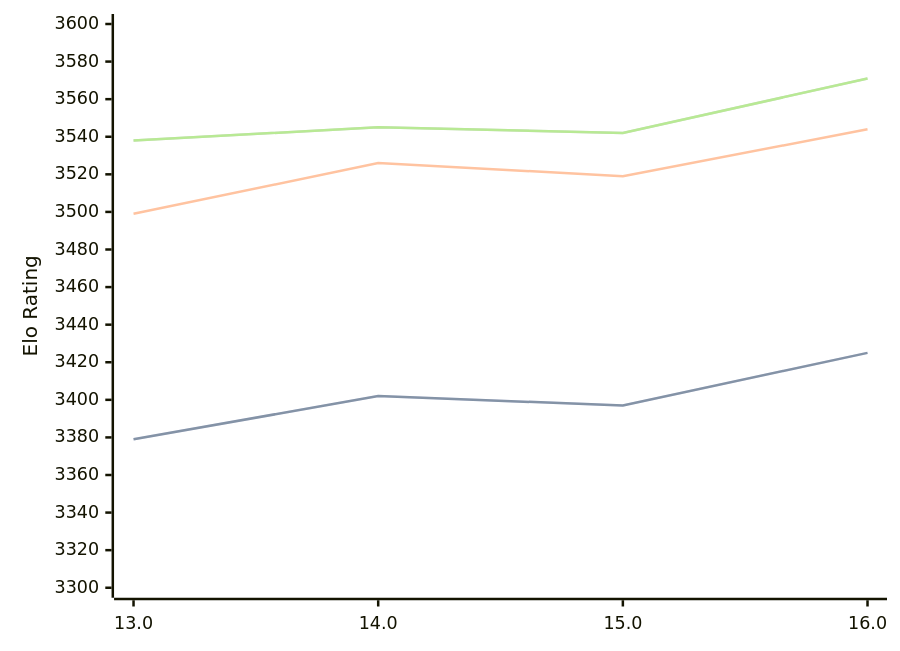
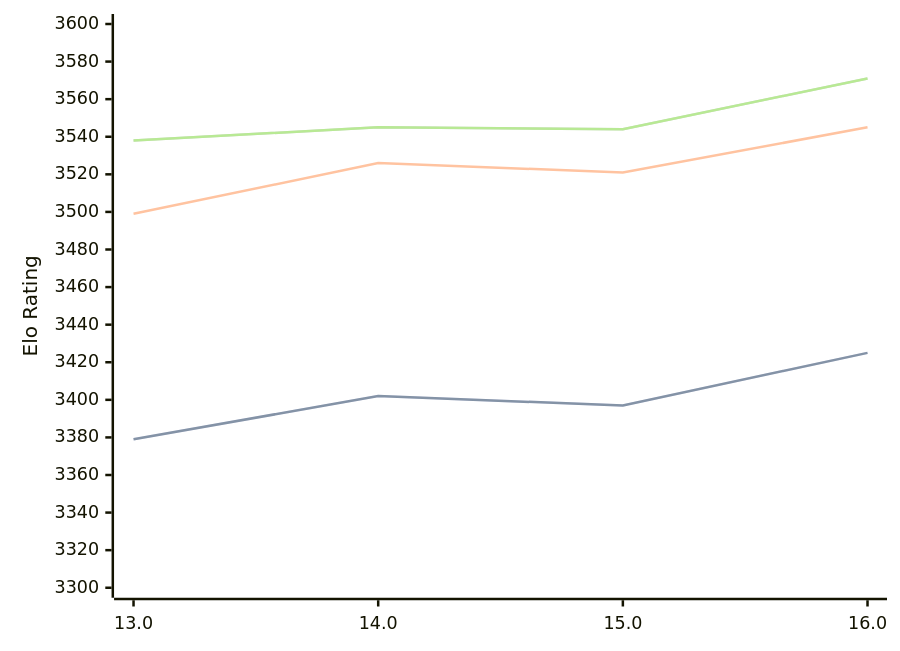
One commit to computer-chess-index/cci changed the first of 3 diagrams in engines/Obsidian.md. Above: the diagram before and after it, drawn with Mermaid. The commit also changed other lines of this file, not shown here.

Commit message:
Update CCI Ratings (ELO VLTC) - 2026-06-30

````diff
--- a/engines/Obsidian.md
+++ b/engines/Obsidian.md
@@ -43,11 +43,11 @@
 ```mermaid
 %%{init: {"theme":"base","themeVariables":{"seriesColors:['#a3a3a3','#222221','#faa371']}}}%%
 xychart-beta
   x-axis ["13.0", "14.0", "15.0", "16.0"]
   y-axis "Elo Rating" 3300 --> 3600
   line "STC (8.0+0.08s)" [3379, 3402, 3397, 3425]
   line "STC (8.0+0.08s)" [3379, 3402, 3397, 3425]
-  line "LTC (60.0+0.60s)" [3499, 3526, 3519, 3544]
-  line "VLTC (2m24s+1.12s)" [3538, 3545, 3542, 3571]
-  line "VLTC (2m24s+1.12s)" [3538, 3545, 3542, 3571]
+  line "LTC (60.0+0.60s)" [3499, 3526, 3521, 3545]
+  line "VLTC (2m24s+1.12s)" [3538, 3545, 3544, 3571]
+  line "VLTC (2m24s+1.12s)" [3538, 3545, 3544, 3571]
 ```
````
